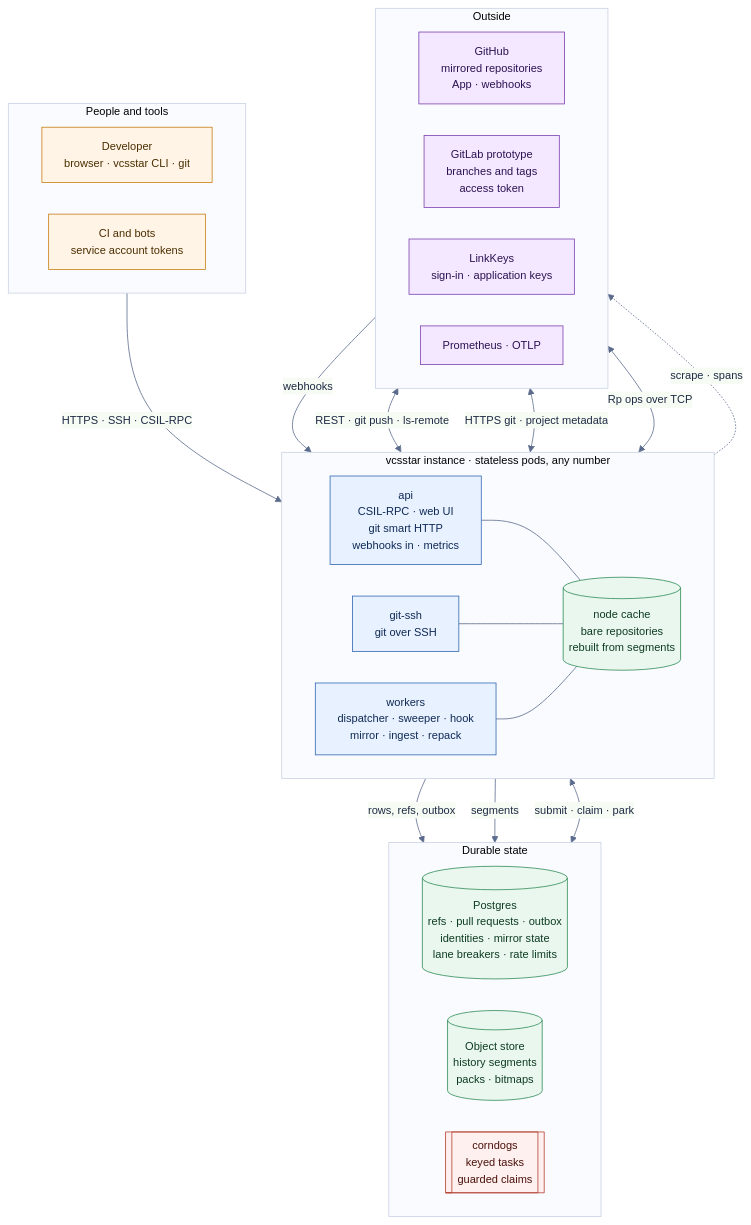
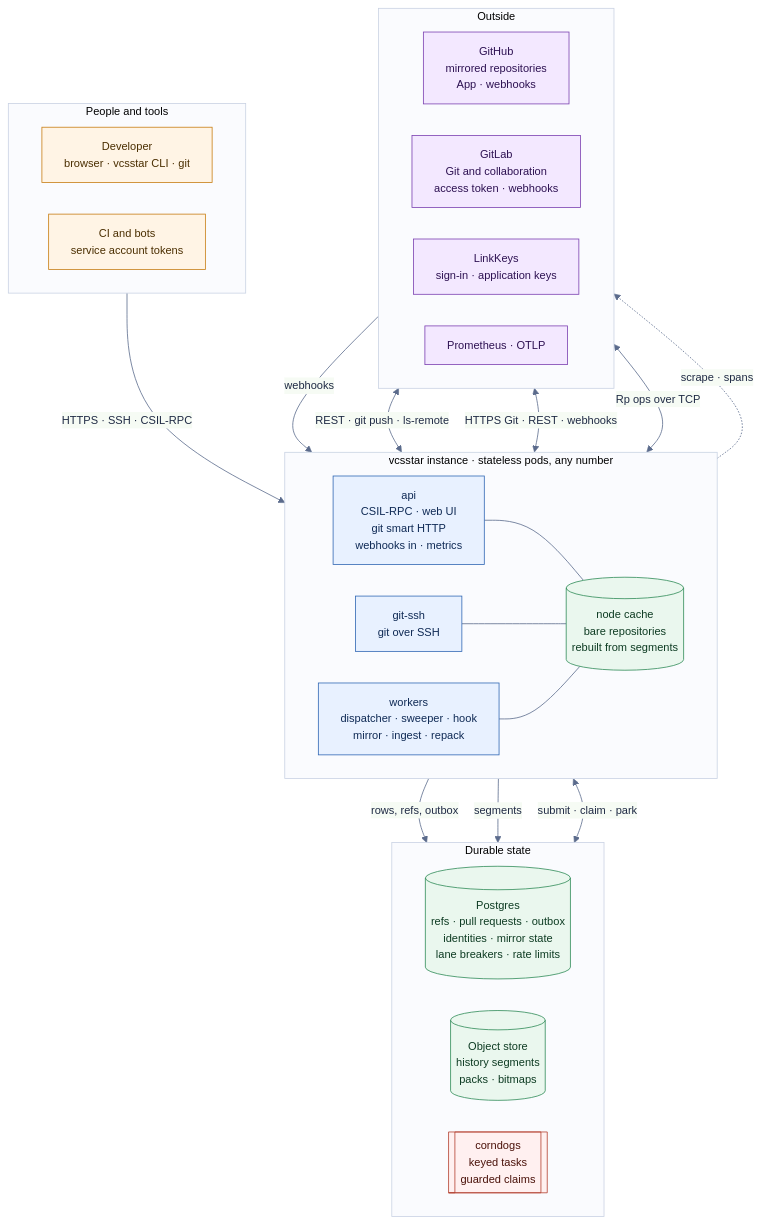
One commit to catalystcommunity/vcsstar changed the first of 5 diagrams in docs/architecture.md. Above: the diagram before and after it, drawn with Mermaid. The commit also changed other lines of this file and 48 other files, not shown here.

````diff
--- a/docs/architecture.md
+++ b/docs/architecture.md
@@ -20,57 +15,57 @@
 ```mermaid
 %%{init: {"theme": "base", "themeVariables": {"fontFamily": "Inter, Helvetica, Arial, sans-serif", "fontSize": "14px", "primaryColor": "#f4f6fb", "primaryBorderColor": "#5b6b8c", "primaryTextColor": "#1f2a44", "lineColor": "#5b6b8c", "clusterBkg": "#fafbfe", "clusterBorder": "#c9d2e3"}, "flowchart": {"curve": "basis", "padding": 14, "nodeSpacing": 40, "rankSpacing": 60}}}%%
 flowchart TB
     classDef person fill:#fff4e5,stroke:#c77d12,color:#4a2e00
     classDef pod fill:#e8f1ff,stroke:#2f66b3,color:#0f2a55
     classDef store fill:#eaf7ee,stroke:#2e8b57,color:#0d3b22
     classDef external fill:#f3e8ff,stroke:#7a3fb0,color:#2d1152
     classDef queue fill:#fff0f0,stroke:#b3402f,color:#4a1109
 
     subgraph People["People and tools"]
         direction LR
         dev["Developer<br/>browser · vcsstar CLI · git"]
         ci["CI and bots<br/>service account tokens"]
     end
 
     subgraph Instance["vcsstar instance · stateless pods, any number"]
         direction LR
         api["api<br/>CSIL-RPC · web UI<br/>git smart HTTP<br/>webhooks in · metrics"]
         ssh["git-ssh<br/>git over SSH"]
         workers["workers<br/>dispatcher · sweeper · hook<br/>mirror · ingest · repack"]
         cache[("node cache<br/>bare repositories<br/>rebuilt from segments")]
         api --- cache
         ssh --- cache
         workers --- cache
     end
 
     subgraph Durable["Durable state"]
         direction LR
         pg[("Postgres<br/>refs · pull requests · outbox<br/>identities · mirror state<br/>lane breakers · rate limits")]
         s3[("Object store<br/>history segments<br/>packs · bitmaps")]
         cd[["corndogs<br/>keyed tasks<br/>guarded claims"]]
     end
 
     subgraph Outside["Outside"]
         direction LR
         gh["GitHub<br/>mirrored repositories<br/>App · webhooks"]
-        gl["GitLab prototype<br/>branches and tags<br/>access token"]
+        gl["GitLab<br/>Git and collaboration<br/>access token · webhooks"]
         lk["LinkKeys<br/>sign-in · application keys"]
         prom["Prometheus · OTLP"]
     end
 
     People -->|"HTTPS · SSH · CSIL-RPC"| Instance
     Instance -->|"rows, refs, outbox"| pg
     Instance -->|"segments"| s3
     Instance <-->|"submit · claim · park"| cd
     Instance <-->|"REST · git push · ls-remote"| gh
     gh -->|"webhooks"| Instance
-    Instance <-->|"HTTPS git · project metadata"| gl
+    Instance <-->|"HTTPS Git · REST · webhooks"| gl
     Instance <-->|"Rp ops over TCP"| lk
     Instance -.->|"scrape · spans"| prom
 
     class dev,ci person
     class api,ssh,workers pod
     class pg,s3,cache store
     class gh,gl,lk,prom external
     class cd queue
 ```
````
